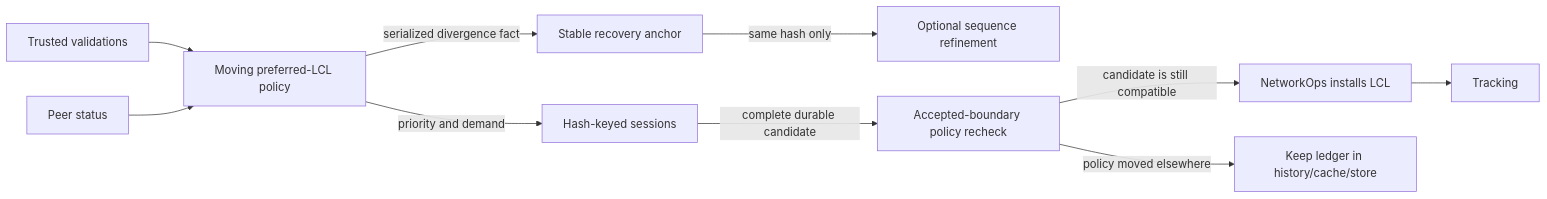
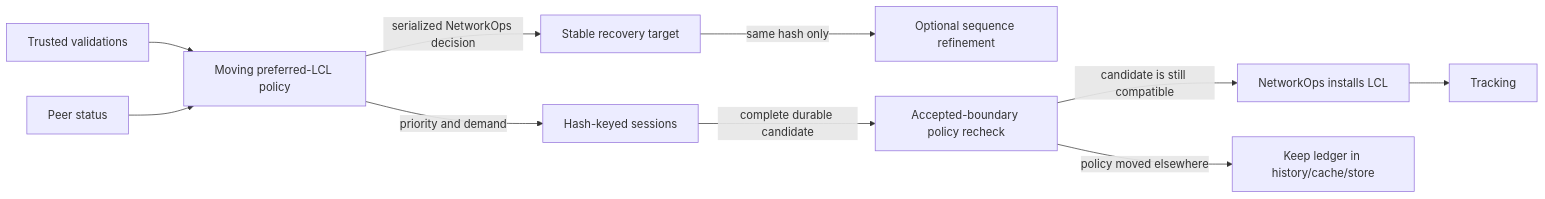
The third of 10 diagrams in docs/ACQUISITION.md (TusharPardhe/quaxar), drawn with Mermaid before and after one commit. The commit also changed other lines of this file and 204 other files, not shown here.

````diff
--- a/docs/ACQUISITION.md
+++ b/docs/ACQUISITION.md
@@ -185,12 +176,12 @@
 ```mermaid
 flowchart LR
     TV[Trusted validations] --> PREF[Moving preferred-LCL policy]
     PS[Peer status] --> PREF
     PREF -->|priority and demand| SESS[Hash-keyed sessions]
-    PREF -->|serialized divergence fact| ANCHOR[Stable recovery anchor]
+    PREF -->|serialized NetworkOps decision| ANCHOR[Stable recovery target]
     ANCHOR -->|same hash only| REFINE[Optional sequence refinement]
     SESS -->|complete durable candidate| CHECK[Accepted-boundary policy recheck]
     CHECK -->|candidate is still compatible| INSTALL[NetworkOps installs LCL]
     CHECK -->|policy moved elsewhere| REUSE[Keep ledger in history/cache/store]
     INSTALL --> TRACK[Tracking]
 ```
````
